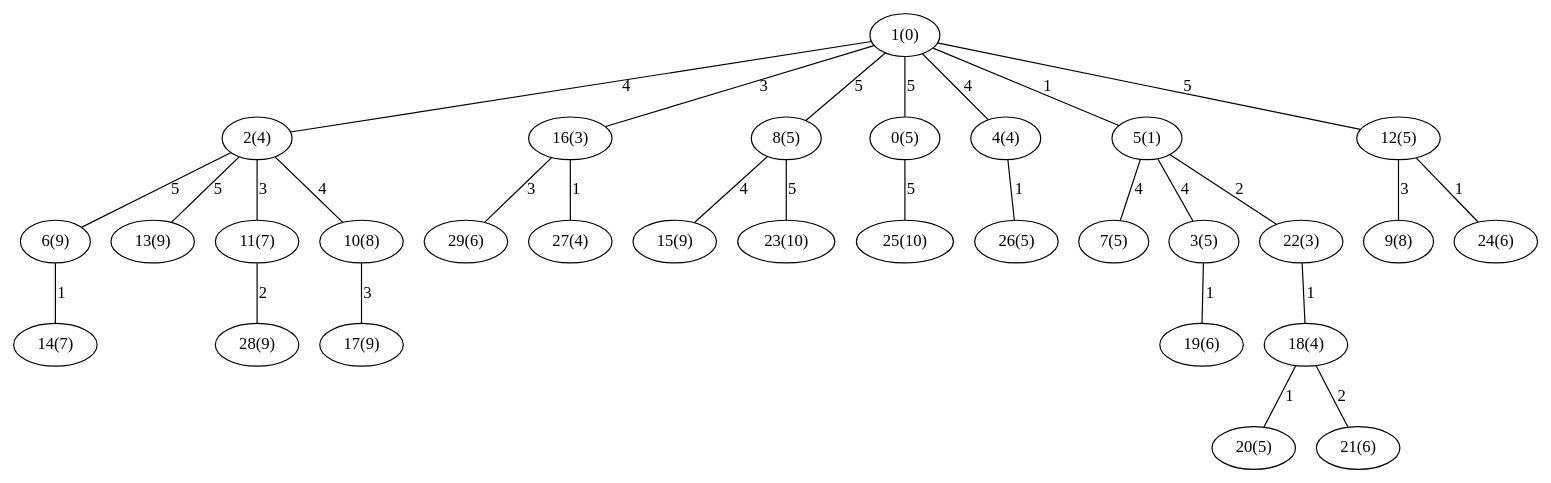
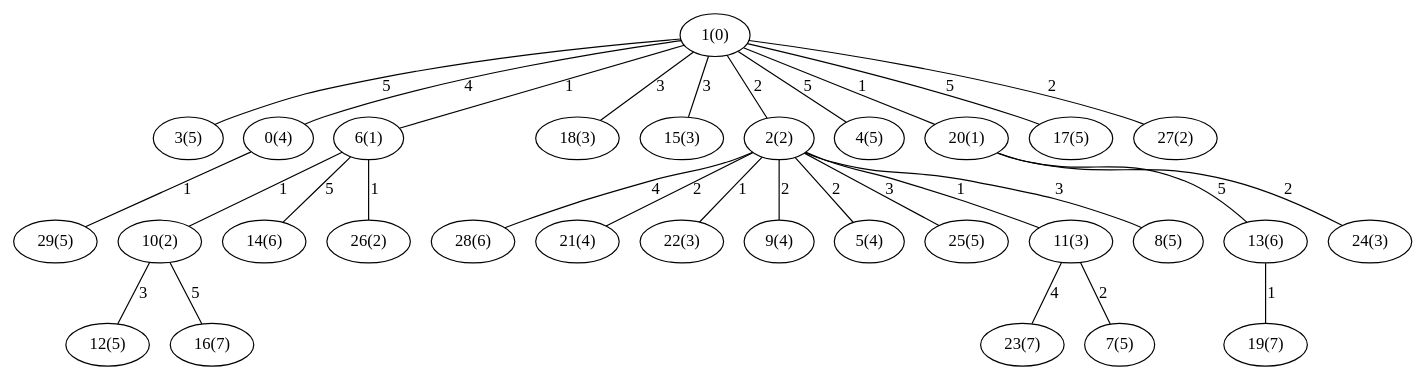
One commit to saradejesuss/GenerarGrafos changed the diagram in Dijkstra_Barabasi3030.gv. Above: the diagram before and after it, drawn with Graphviz. The commit also changed 8 other files, not shown here.

```diff
--- a/Dijkstra_Barabasi3030.gv
+++ b/Dijkstra_Barabasi3030.gv
@@ -1,61 +1,61 @@
 graph{
-   29 [label="29(6)"];
-   2 [label="2(4)"];
-   6 [label="6(9)"];
-   19 [label="19(6)"];
-   18 [label="18(4)"];
-   16 [label="16(3)"];
-   20 [label="20(5)"];
-   26 [label="26(5)"];
+   10 [label="10(2)"];
+   19 [label="19(7)"];
+   3 [label="3(5)"];
+   28 [label="28(6)"];
+   1 [label="1(0)"];
+   0 [label="0(4)"];
+   21 [label="21(4)"];
+   6 [label="6(1)"];
+   22 [label="22(3)"];
+   29 [label="29(5)"];
+   18 [label="18(3)"];
+   15 [label="15(3)"];
+   9 [label="9(4)"];
+   2 [label="2(2)"];
+   12 [label="12(5)"];
+   4 [label="4(5)"];
+   5 [label="5(4)"];
+   13 [label="13(6)"];
+   16 [label="16(7)"];
+   20 [label="20(1)"];
+   25 [label="25(5)"];
+   24 [label="24(3)"];
+   23 [label="23(7)"];
+   11 [label="11(3)"];
+   17 [label="17(5)"];
    8 [label="8(5)"];
-   9 [label="9(8)"];
-   15 [label="15(9)"];
-   17 [label="17(9)"];
-   28 [label="28(9)"];
+   14 [label="14(6)"];
    7 [label="7(5)"];
-   0 [label="0(5)"];
-   24 [label="24(6)"];
-   1 [label="1(0)"];
-   4 [label="4(4)"];
-   21 [label="21(6)"];
-   3 [label="3(5)"];
-   25 [label="25(10)"];
-   13 [label="13(9)"];
-   5 [label="5(1)"];
-   14 [label="14(7)"];
-   12 [label="12(5)"];
-   11 [label="11(7)"];
-   22 [label="22(3)"];
-   23 [label="23(10)"];
-   10 [label="10(8)"];
-   27 [label="27(4)"];
-   5 -- 22 [label="2"];
-   8 -- 23 [label="5"];
-   1 -- 5 [label="1"];
-   2 -- 11 [label="3"];
-   6 -- 14 [label="1"];
-   3 -- 19 [label="1"];
-   18 -- 21 [label="2"];
-   16 -- 27 [label="1"];
-   8 -- 15 [label="4"];
-   1 -- 0 [label="5"];
-   2 -- 10 [label="4"];
-   16 -- 29 [label="3"];
-   1 -- 2 [label="4"];
-   22 -- 18 [label="1"];
-   1 -- 16 [label="3"];
-   18 -- 20 [label="1"];
-   2 -- 6 [label="5"];
-   4 -- 26 [label="1"];
-   10 -- 17 [label="3"];
-   1 -- 8 [label="5"];
-   12 -- 9 [label="3"];
-   1 -- 4 [label="4"];
-   11 -- 28 [label="2"];
-   5 -- 7 [label="4"];
-   12 -- 24 [label="1"];
-   1 -- 12 [label="5"];
-   2 -- 13 [label="5"];
-   5 -- 3 [label="4"];
-   0 -- 25 [label="5"];
+   27 [label="27(2)"];
+   26 [label="26(2)"];
+   2 -- 8 [label="3"];
+   6 -- 26 [label="1"];
+   0 -- 29 [label="1"];
+   1 -- 27 [label="2"];
+   2 -- 11 [label="1"];
+   1 -- 0 [label="4"];
+   6 -- 10 [label="1"];
+   13 -- 19 [label="1"];
+   1 -- 3 [label="5"];
+   2 -- 28 [label="4"];
+   1 -- 15 [label="3"];
+   2 -- 21 [label="2"];
+   1 -- 6 [label="1"];
+   2 -- 22 [label="1"];
+   11 -- 7 [label="2"];
+   1 -- 18 [label="3"];
+   2 -- 9 [label="2"];
+   1 -- 2 [label="2"];
+   10 -- 12 [label="3"];
+   2 -- 5 [label="2"];
+   1 -- 4 [label="5"];
+   20 -- 13 [label="5"];
+   10 -- 16 [label="5"];
+   1 -- 20 [label="1"];
+   2 -- 25 [label="3"];
+   20 -- 24 [label="2"];
+   11 -- 23 [label="4"];
+   1 -- 17 [label="5"];
+   6 -- 14 [label="5"];
 }
```
